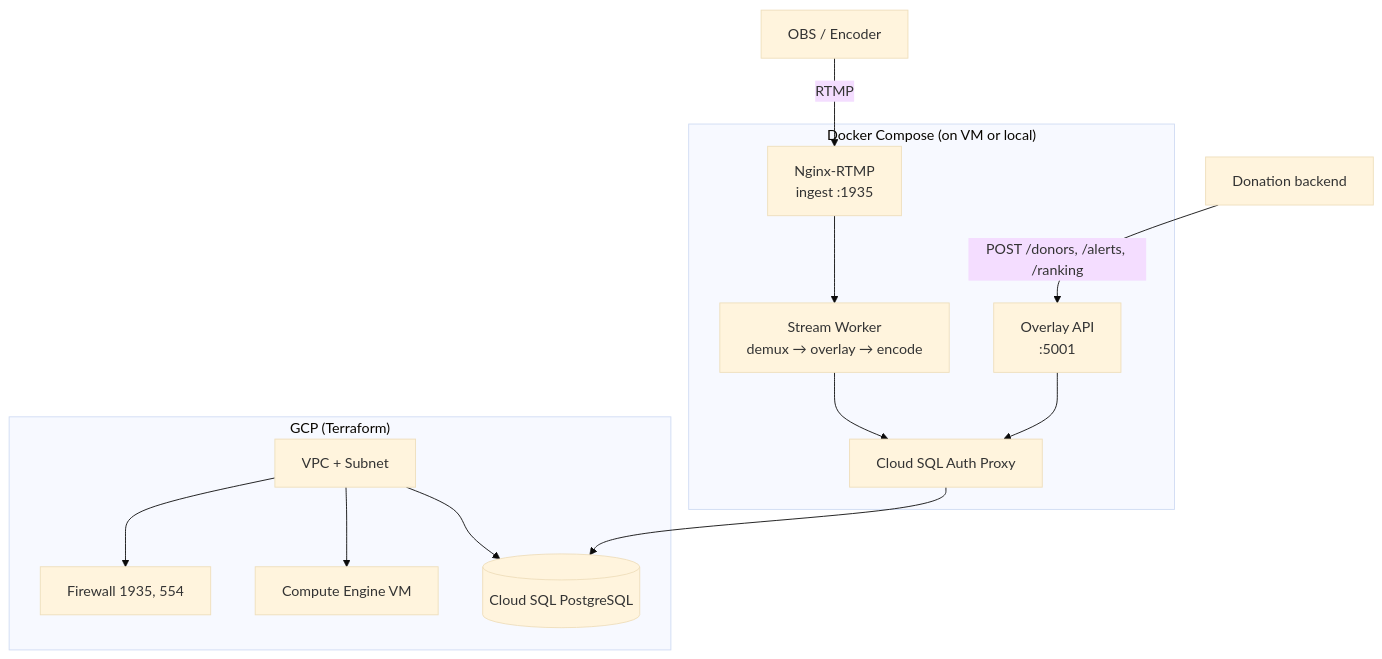
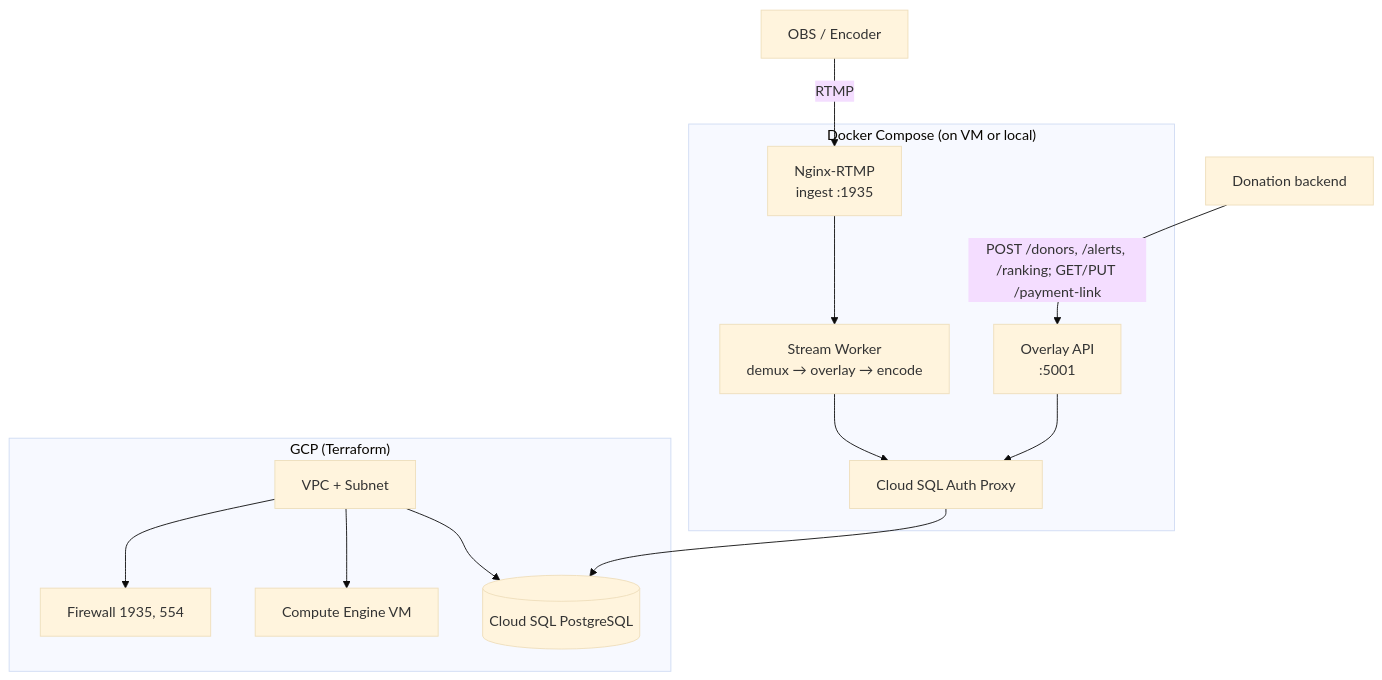
The first of 5 diagrams in README.md (iklobato/donatik-tube), drawn with Mermaid (base theme) before and after one commit. The commit also changed other lines of this file and 1 other file, not shown here.

First line of the commit message:
docs: update README for payment link and Stripe

````diff
--- a/README.md
+++ b/README.md
@@ -30,26 +30,26 @@
 ```mermaid
 flowchart TB
     subgraph GCP["GCP (Terraform)"]
         VPC[VPC + Subnet]
         FW[Firewall 1935, 554]
         VM[Compute Engine VM]
         DB[(Cloud SQL PostgreSQL)]
         VPC --> FW
         VPC --> VM
         VPC --> DB
     end
 
     subgraph Docker["Docker Compose (on VM or local)"]
         NGINX[Nginx-RTMP<br/>ingest :1935]
         WORKER[Stream Worker<br/>demux → overlay → encode]
         API[Overlay API<br/>:5001]
         PROXY[Cloud SQL Auth Proxy]
         NGINX --> WORKER
         WORKER --> PROXY
         API --> PROXY
         PROXY --> DB
     end
 
     OBS[OBS / Encoder] -->|RTMP| NGINX
-    BACKEND[Donation backend] -->|POST /donors, /alerts, /ranking| API
+    BACKEND[Donation backend] -->|POST /donors, /alerts, /ranking; GET/PUT /payment-link| API
 ```
````
